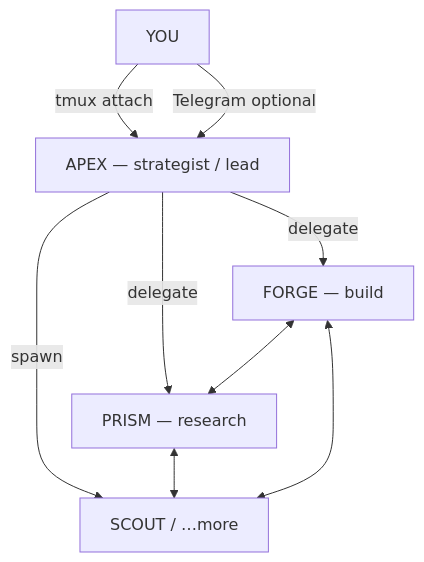
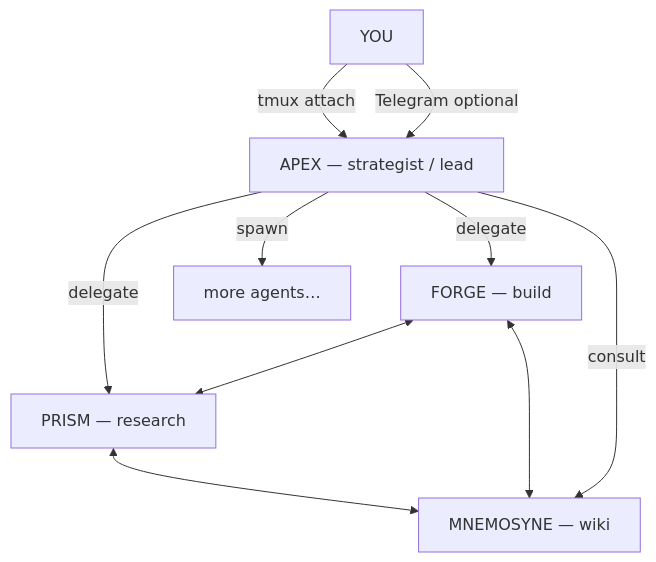
One commit to jarvis-thi/opencode-fleet-lite changed the diagram in README.md. Above: the diagram before and after it, drawn with Mermaid. The commit also changed other lines of this file and 27 other files, not shown here.

First line of the commit message:
feat: Mnemosyne wiki-memory agent (fleet wiki experiment) + rosters and README

````diff
--- a/README.md
+++ b/README.md
@@ -60,12 +61,13 @@
 ```mermaid
 flowchart TB
   YOU[YOU]
   YOU -->|tmux attach| APEX["APEX — strategist / lead"]
   YOU -->|Telegram optional| APEX
   APEX -->|delegate| FORGE["FORGE — build"]
   APEX -->|delegate| PRISM["PRISM — research"]
-  APEX -->|spawn| SCOUT["SCOUT / …more"]
+  APEX -->|spawn| MORE["more agents…"]
   FORGE <--> PRISM
-  PRISM <--> SCOUT
-  FORGE <--> SCOUT
+  PRISM <--> MNEM["MNEMOSYNE — wiki"]
+  FORGE <--> MNEM
+  APEX -->|consult| MNEM
 ```
````
